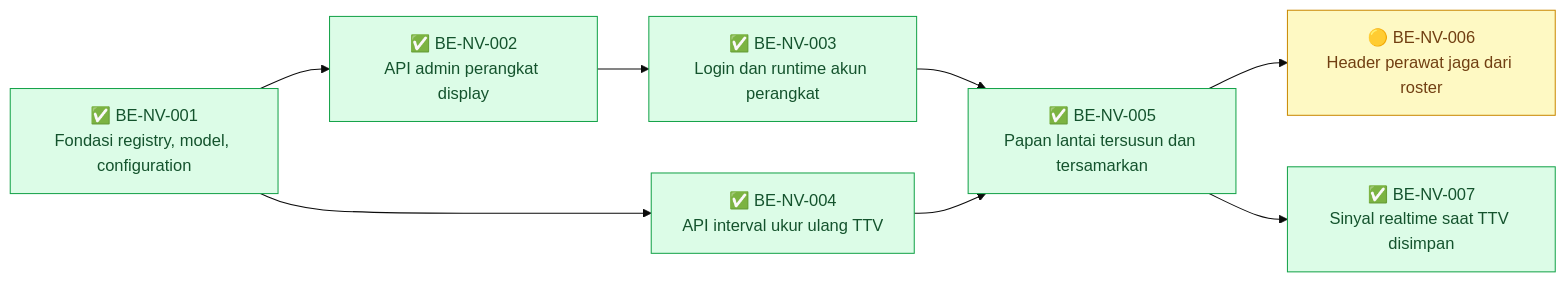
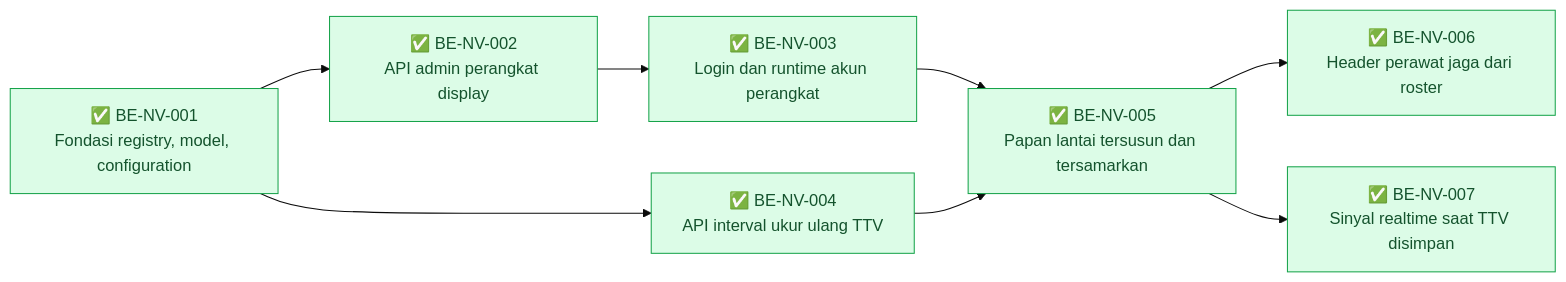
The diagram in docs/module-blueprints/nurse-view/roadmap/backend-roadmap.md (DevBenari/NewQuilvianSystemBackend), drawn with Mermaid (base theme) before and after one commit. The commit also changed other lines of this file and 17 other files, not shown here.

````diff
--- a/docs/module-blueprints/nurse-view/roadmap/backend-roadmap.md
+++ b/docs/module-blueprints/nurse-view/roadmap/backend-roadmap.md
@@ -22,24 +22,24 @@
 ```mermaid
 flowchart LR
     classDef selesai fill:#DCFCE7,stroke:#16A34A,color:#14532D
     classDef sebagian fill:#FEF9C3,stroke:#CA8A04,color:#713F12
     classDef terblokir fill:#FEE2E2,stroke:#DC2626,color:#7F1D1D
     classDef belum fill:#F1F5F9,stroke:#64748B,color:#0F172A
     classDef luar fill:#EDE9FE,stroke:#7C3AED,color:#3B0764
 
     BENV001["✅ BE-NV-001<br/>Fondasi registry, model, configuration"]:::selesai
     BENV002["✅ BE-NV-002<br/>API admin perangkat display"]:::selesai
     BENV003["✅ BE-NV-003<br/>Login dan runtime akun perangkat"]:::selesai
     BENV004["✅ BE-NV-004<br/>API interval ukur ulang TTV"]:::selesai
     BENV005["✅ BE-NV-005<br/>Papan lantai tersusun dan tersamarkan"]:::selesai
-    BENV006["🟡 BE-NV-006<br/>Header perawat jaga dari roster"]:::sebagian
+    BENV006["✅ BE-NV-006<br/>Header perawat jaga dari roster"]:::selesai
     BENV007["✅ BE-NV-007<br/>Sinyal realtime saat TTV disimpan"]:::selesai
 
     BENV001 --> BENV002
     BENV001 --> BENV004
     BENV002 --> BENV003
     BENV003 --> BENV005
     BENV004 --> BENV005
     BENV005 --> BENV006
     BENV005 --> BENV007
 ```
````
